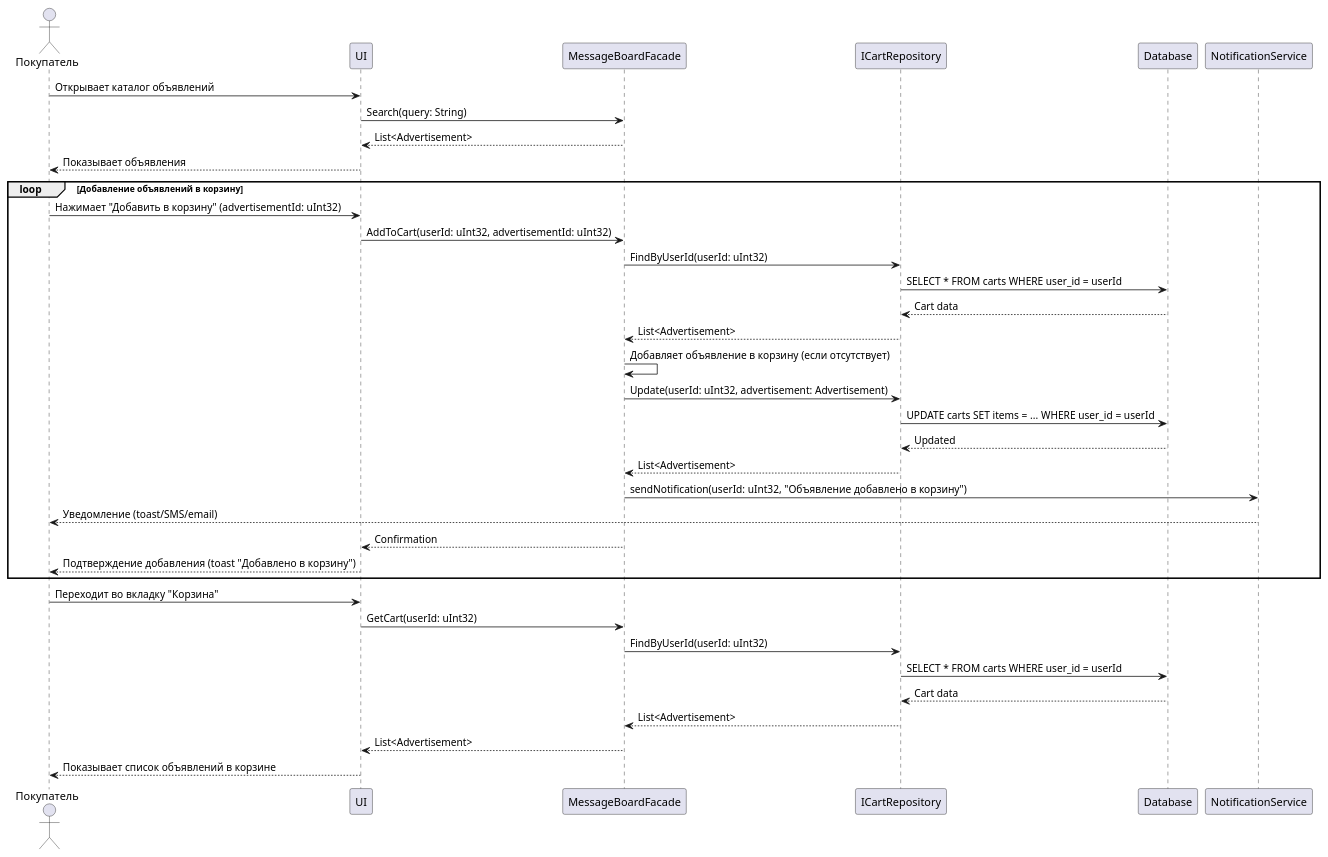
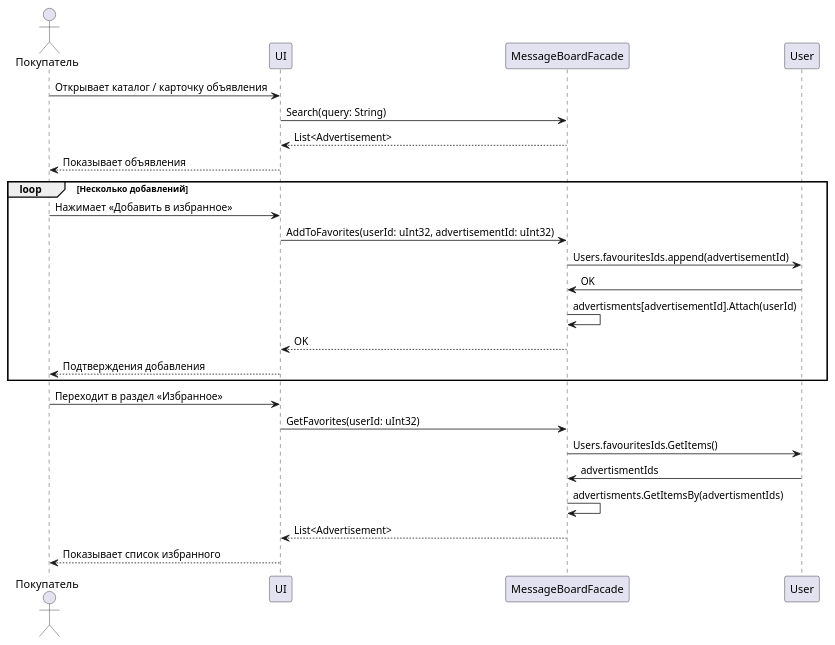
Before and after one commit to penamarth/bsbo-02-23_team3_var13_messboard: the diagram in Поиск объявлений (Кулаков А.В.)/Диаграмма последовательности.md, drawn with PlantUML. The commit also changed other lines of this file, not shown here.

Commit message:
Update Диаграмма последовательности.md

```diff
--- a/Поиск объявлений (Кулаков А.В.)/Диаграмма последовательности.md
+++ b/Поиск объявлений (Кулаков А.В.)/Диаграмма последовательности.md
@@ -1,41 +1,31 @@
 @startuml
 actor Покупатель
 participant "UI" as UI
 participant "MessageBoardFacade" as Facade
-participant "ICartRepository" as CartRepo
-participant "Database" as DB
-participant "NotificationService" as NotifyService
+participant "User" as User
 
-Покупатель -> UI: Открывает каталог объявлений
+Покупатель -> UI: Открывает каталог / карточку объявления
 UI -> Facade: Search(query: String)
 Facade --> UI: List<Advertisement>
 UI --> Покупатель: Показывает объявления
 
-loop Добавление объявлений в корзину
-    Покупатель -> UI: Нажимает "Добавить в корзину" (advertisementId: uInt32)
-    UI -> Facade: AddToCart(userId: uInt32, advertisementId: uInt32)
-    Facade -> CartRepo: FindByUserId(userId: uInt32)
-    CartRepo -> DB: SELECT * FROM carts WHERE user_id = userId
-    DB --> CartRepo: Cart data
-    CartRepo --> Facade: List<Advertisement>
-    Facade -> Facade: Добавляет объявление в корзину (если отсутствует)
-    Facade -> CartRepo: Update(userId: uInt32, advertisement: Advertisement)
-    CartRepo -> DB: UPDATE carts SET items = ... WHERE user_id = userId
-    DB --> CartRepo: Updated
-    CartRepo --> Facade: List<Advertisement>
-    Facade -> NotifyService: sendNotification(userId: uInt32, "Объявление добавлено в корзину")
-    NotifyService --> Покупатель: Уведомление (toast/SMS/email)
-    Facade --> UI: Confirmation
-    UI --> Покупатель: Подтверждение добавления (toast "Добавлено в корзину")
+loop Несколько добавлений
+    Покупатель -> UI: Нажимает «Добавить в избранное»
+    UI -> Facade: AddToFavorites(userId: uInt32, advertisementId: uInt32)
+
+    Facade -> User: Users.favouritesIds.append(advertisementId)
+    User -> Facade: OK
+    Facade -> Facade: advertisments[advertisementId].Attach(userId)
+
+    Facade --> UI: OK
+    UI --> Покупатель: Подтверждения добавления
 end
 
-Покупатель -> UI: Переходит во вкладку "Корзина"
-UI -> Facade: GetCart(userId: uInt32)
-Facade -> CartRepo: FindByUserId(userId: uInt32)
-CartRepo -> DB: SELECT * FROM carts WHERE user_id = userId
-DB --> CartRepo: Cart data
-CartRepo --> Facade: List<Advertisement>
+Покупатель -> UI: Переходит в раздел «Избранное»
+UI -> Facade: GetFavorites(userId: uInt32)
+Facade -> User: Users.favouritesIds.GetItems()
+User-> Facade: advertismentIds
+Facade -> Facade: advertisments.GetItemsBy(advertismentIds)
 Facade --> UI: List<Advertisement>
-UI --> Покупатель: Показывает список объявлений в корзине
-
+UI --> Покупатель: Показывает список избранного
 @enduml
```
